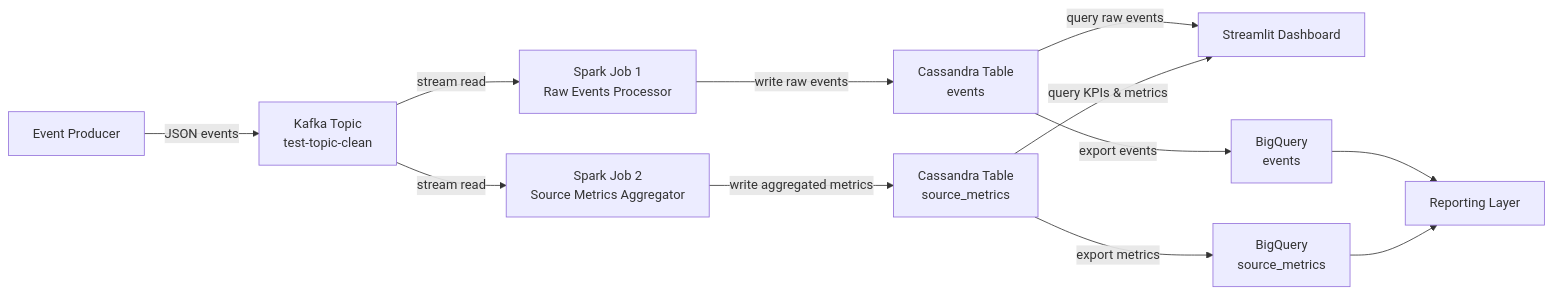
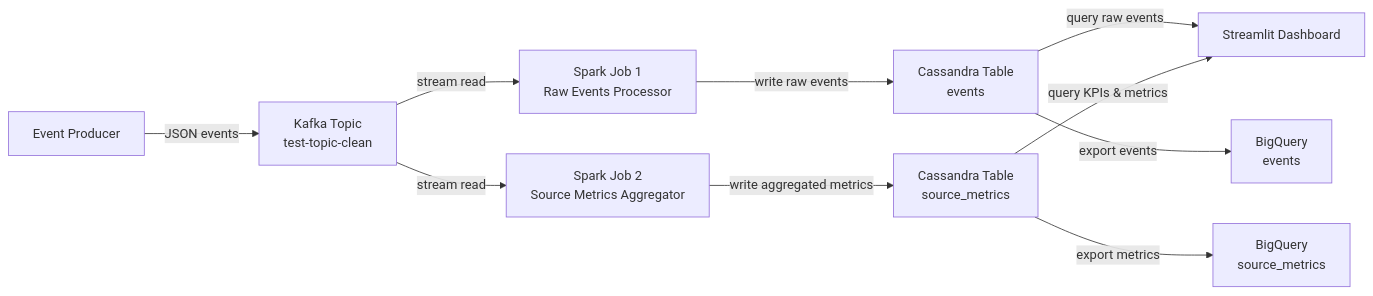
One commit to hn0629/real-time-data-engineering-pipeline changed the diagram in README.md. Above: the diagram before and after it, drawn with Mermaid. The commit also changed other lines of this file, not shown here.

````diff
--- a/README.md
+++ b/README.md
@@ -27,14 +27,12 @@
 ```mermaid
 flowchart LR
     A[Event Producer] -->|JSON events| B[Kafka Topic<br/>test-topic-clean]
     B -->|stream read| C[Spark Job 1<br/>Raw Events Processor]
     B -->|stream read| D[Spark Job 2<br/>Source Metrics Aggregator]
     C -->|write raw events| E[Cassandra Table<br/>events]
     D -->|write aggregated metrics| F[Cassandra Table<br/>source_metrics]
     E -->|query raw events| G[Streamlit Dashboard]
     F -->|query KPIs & metrics| G
     E -->|export events| H[BigQuery<br/>events]
     F -->|export metrics| I[BigQuery<br/>source_metrics]
-    H --> J[Reporting Layer]
-    I --> J
 ```
````
